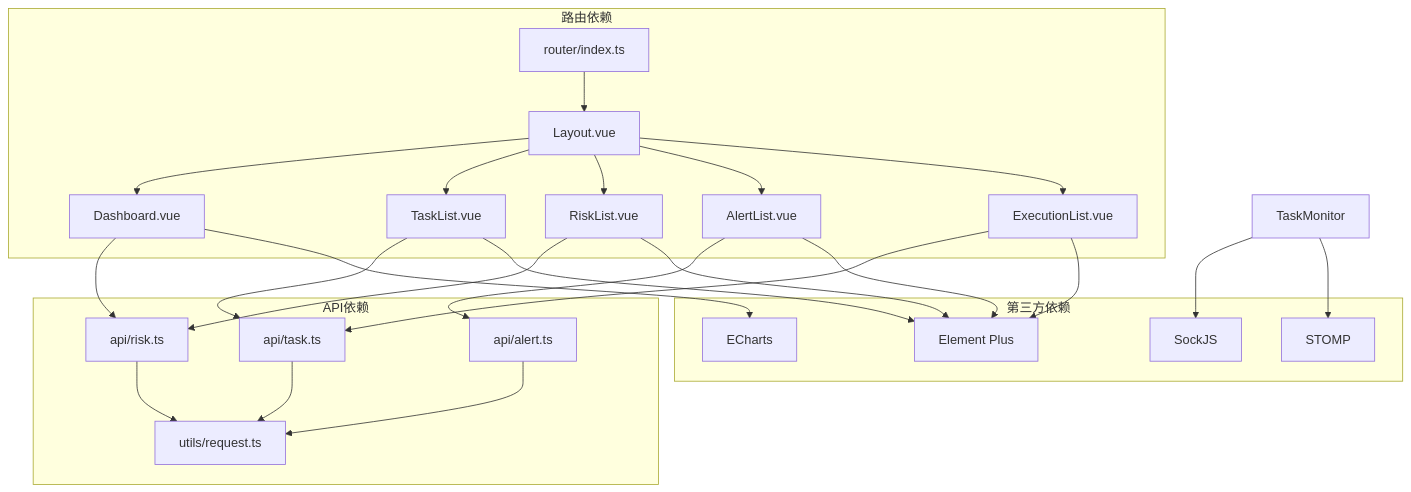
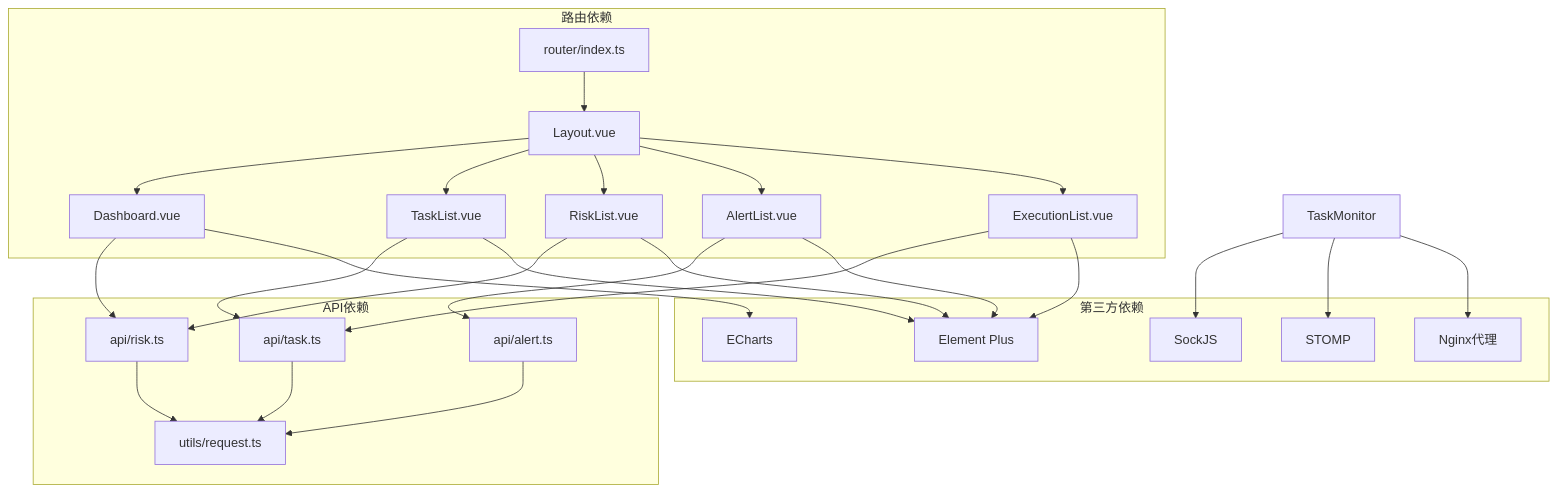
Diagram 11 of 12 in .qoder/repowiki/zh/content/前端应用架构/页面组件设计.md (zzjxmy/mysql-risk-filed-check), drawn with Mermaid before and after one commit. The commit also changed other lines of this file and 4 other files, not shown here.

First line of the commit message:
feat(task-monitor): 优化WebSocket连接通过Nginx代理转发

````diff
--- a/.qoder/repowiki/zh/content/前端应用架构/页面组件设计.md
+++ b/.qoder/repowiki/zh/content/前端应用架构/页面组件设计.md
@@ -425,45 +489,47 @@
 ```mermaid
 graph TB
 subgraph "路由依赖"
 Router[router/index.ts]
 Layout[Layout.vue]
 Dashboard[Dashboard.vue]
 Tasks[TaskList.vue]
 Risks[RiskList.vue]
 Alerts[AlertList.vue]
 Executions[ExecutionList.vue]
 end
 subgraph "API依赖"
 TaskAPI[api/task.ts]
 RiskAPI[api/risk.ts]
 AlertAPI[api/alert.ts]
 Request[utils/request.ts]
 end
 subgraph "第三方依赖"
 ElementPlus[Element Plus]
 ECharts[ECharts]
 SockJS[SockJS]
 STOMP[STOMP]
+Nginx[Nginx代理]
 end
 Router --> Layout
 Layout --> Dashboard
 Layout --> Tasks
 Layout --> Risks
 Layout --> Alerts
 Layout --> Executions
 Dashboard --> RiskAPI
 Tasks --> TaskAPI
 Risks --> RiskAPI
 Alerts --> AlertAPI
 Executions --> TaskAPI
 RiskAPI --> Request
 TaskAPI --> Request
 AlertAPI --> Request
 Dashboard --> ECharts
 Tasks --> ElementPlus
 Risks --> ElementPlus
 Alerts --> ElementPlus
 Executions --> ElementPlus
 TaskMonitor --> SockJS
 TaskMonitor --> STOMP
+TaskMonitor --> Nginx
 ```
````
